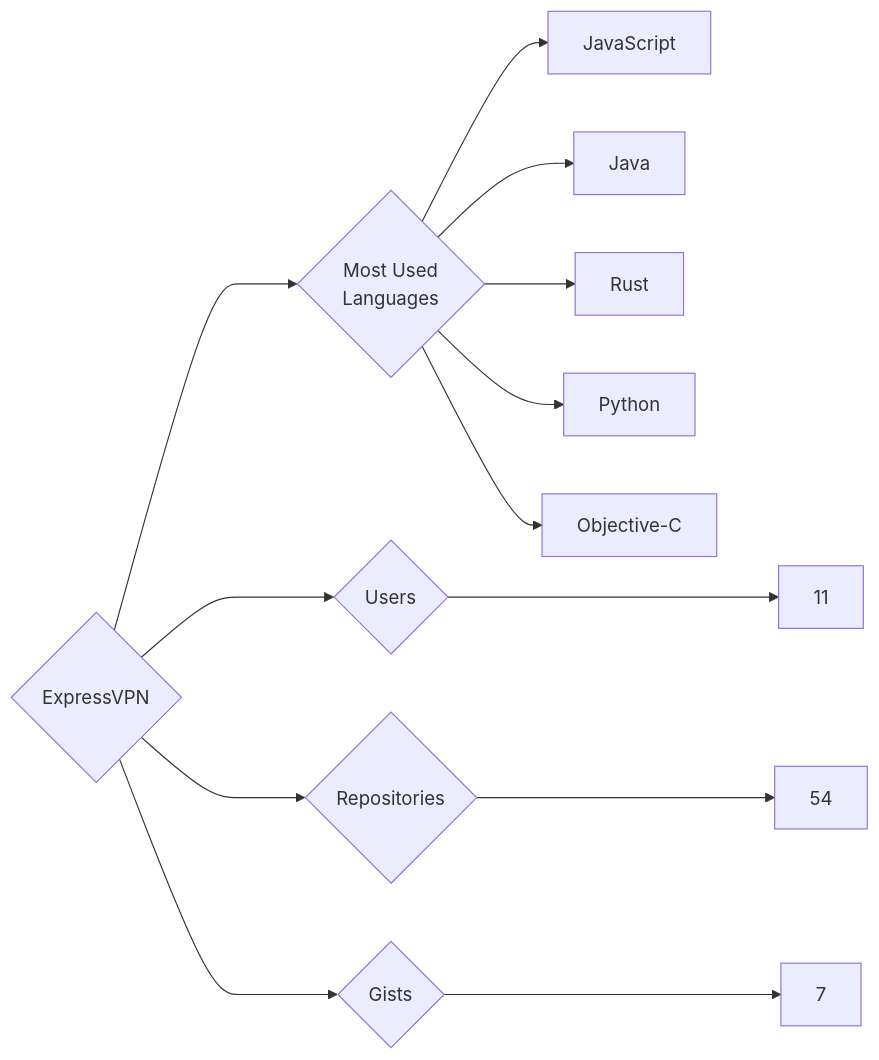
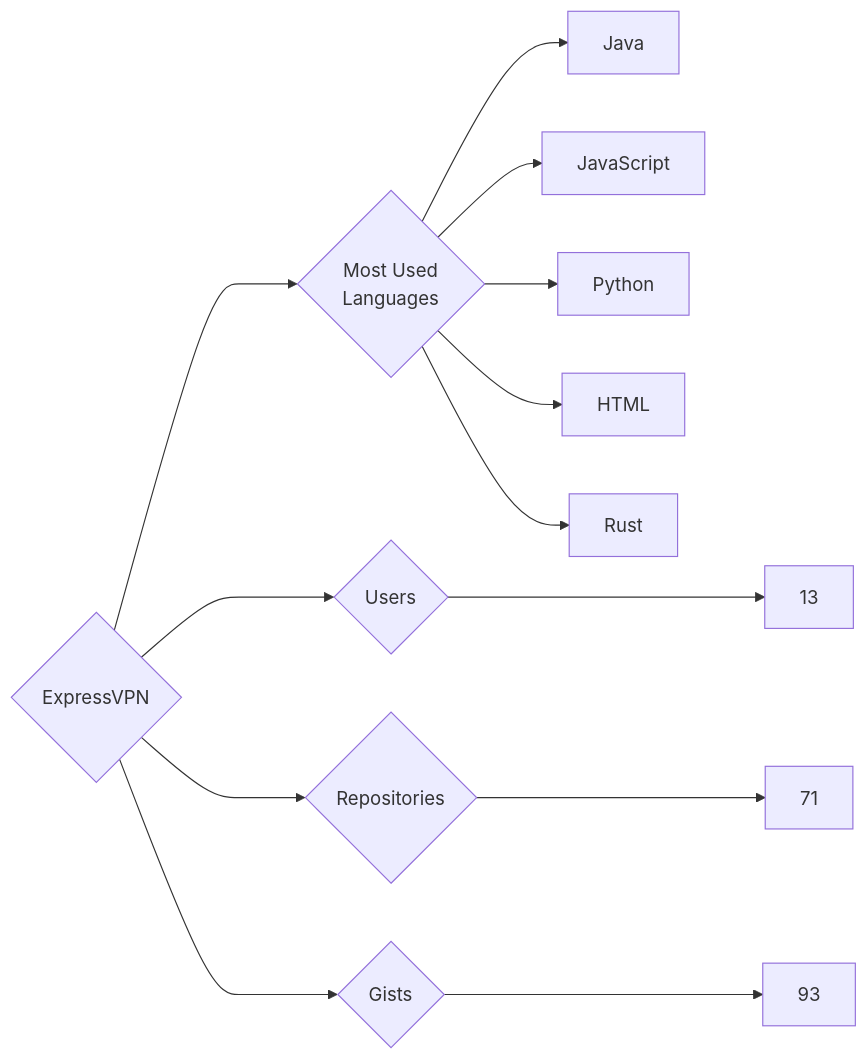
One commit to trickest/insiders changed the diagram in targets/ExpressVPN/README.md. Above: the diagram before and after it, drawn with Mermaid. The commit also changed 912 other files, not shown here.

````diff
--- a/targets/ExpressVPN/README.md
+++ b/targets/ExpressVPN/README.md
@@ -3,13 +3,13 @@
 ```mermaid
 graph LR
 COMPANY_NAME{ExpressVPN}
-COMPANY_NAME ---> U{Users} ---> UN[11]
-COMPANY_NAME ---> R{Repositories} ---> RN[54]
-COMPANY_NAME ---> G{Gists} ---> GN[7]
+COMPANY_NAME ---> U{Users} ---> UN[13]
+COMPANY_NAME ---> R{Repositories} ---> RN[71]
+COMPANY_NAME ---> G{Gists} ---> GN[93]
 COMPANY_NAME ---> ML{Most Used<br>Languages}
+ML --> Java[Java]
 ML --> JavaScript[JavaScript]
-ML --> Java[Java]
+ML --> Python[Python]
+ML --> HTML[HTML]
 ML --> Rust[Rust]
-ML --> Python[Python]
-ML --> Objective-C[Objective-C]
 ```
````
